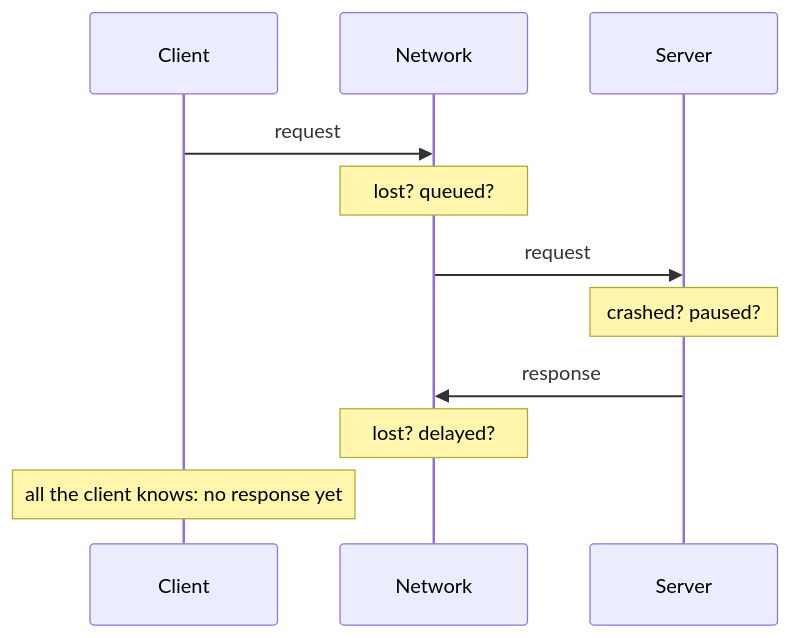
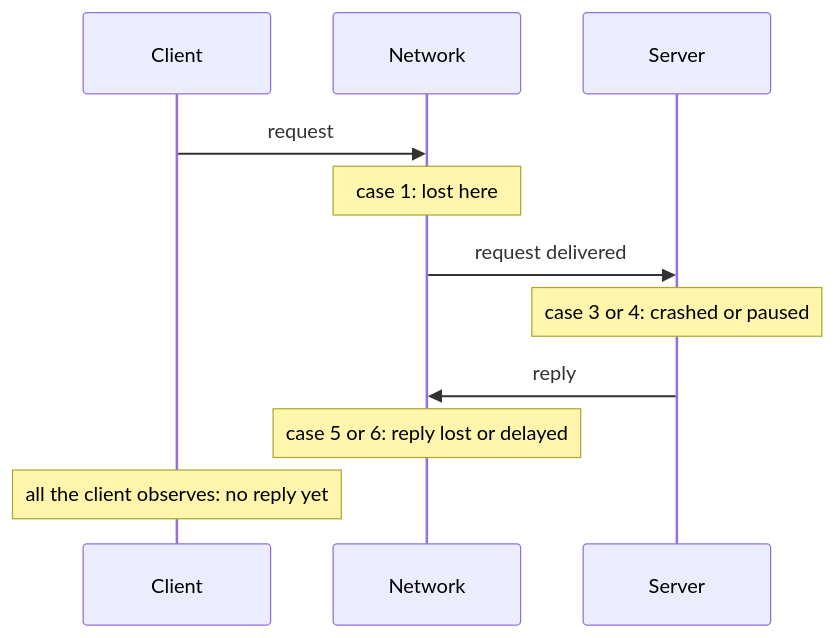
The diagram in src/databases/lessons/18-networks-faults.md (alvinnew100/grand-line-study-guide), drawn with Mermaid before and after one commit. The commit also changed other lines of this file and 37 other files, not shown here.

````diff
--- a/src/databases/lessons/18-networks-faults.md
+++ b/src/databases/lessons/18-networks-faults.md
@@ -40,13 +46,13 @@
 ```mermaid
 sequenceDiagram
   participant C as Client
   participant N as Network
   participant S as Server
   C->>N: request
-  Note over N: lost? queued?
-  N->>S: request
-  Note over S: crashed? paused?
-  S->>N: response
-  Note over N: lost? delayed?
-  Note over C: all the client knows: no response yet
+  Note over N: case 1: lost here
+  N->>S: request delivered
+  Note over S: case 3 or 4: crashed or paused
+  S->>N: reply
+  Note over N: case 5 or 6: reply lost or delayed
+  Note over C: all the client observes: no reply yet
 ```
````
